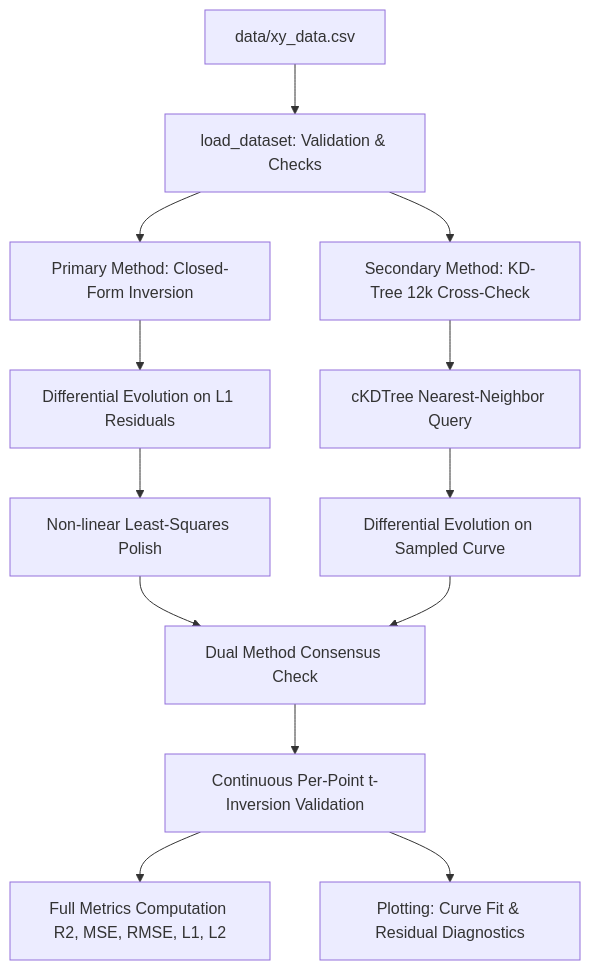
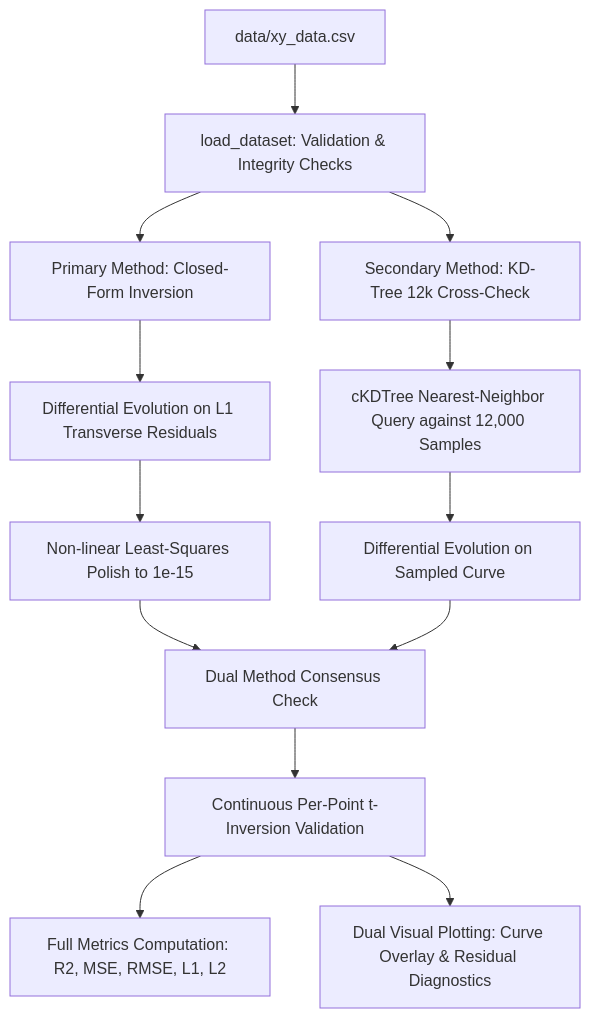
Before and after one commit to abhijeet8684-beep/flam-rd-curve-fit: the diagram in README.md, drawn with Mermaid. The commit also changed other lines of this file and 2 other files, not shown here.

Commit message:
Polish README with executive summary, equation anatomy, and intuitive 3-step derivation

````diff
--- a/README.md
+++ b/README.md
@@ -45,19 +87,19 @@
 ```mermaid
 flowchart TD
-    A[data/xy_data.csv] --> B[load_dataset: Validation & Checks]
+    A[data/xy_data.csv] --> B[load_dataset: Validation & Integrity Checks]
     B --> C[Primary Method: Closed-Form Inversion]
     B --> D[Secondary Method: KD-Tree 12k Cross-Check]
     
-    C --> C1[Differential Evolution on L1 Residuals]
-    C1 --> C2[Non-linear Least-Squares Polish]
+    C --> C1[Differential Evolution on L1 Transverse Residuals]
+    C1 --> C2[Non-linear Least-Squares Polish to 1e-15]
     
-    D --> D1[cKDTree Nearest-Neighbor Query]
+    D --> D1[cKDTree Nearest-Neighbor Query against 12,000 Samples]
     D1 --> D2[Differential Evolution on Sampled Curve]
     
     C2 --> E[Dual Method Consensus Check]
     D2 --> E
     
     E --> F[Continuous Per-Point t-Inversion Validation]
-    F --> G[Full Metrics Computation R2, MSE, RMSE, L1, L2]
-    F --> H[Plotting: Curve Fit & Residual Diagnostics]
+    F --> G[Full Metrics Computation: R2, MSE, RMSE, L1, L2]
+    F --> H[Dual Visual Plotting: Curve Overlay & Residual Diagnostics]
 ```
````
